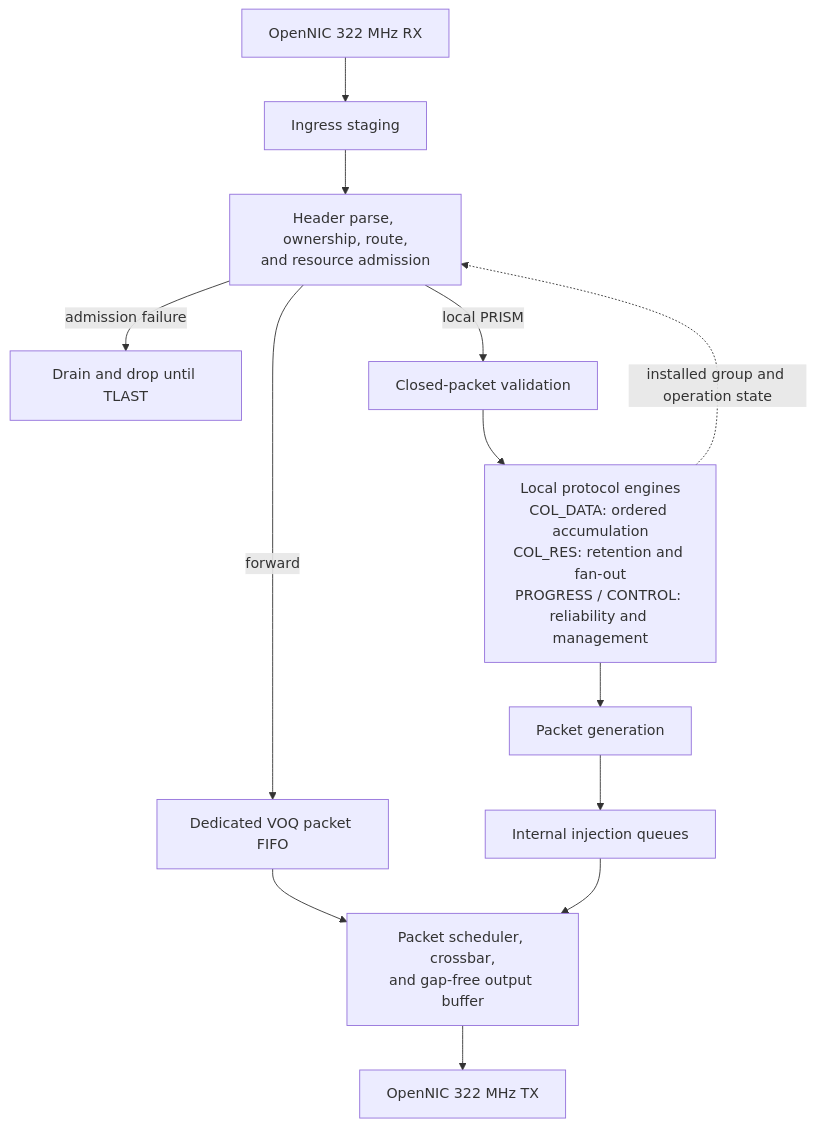
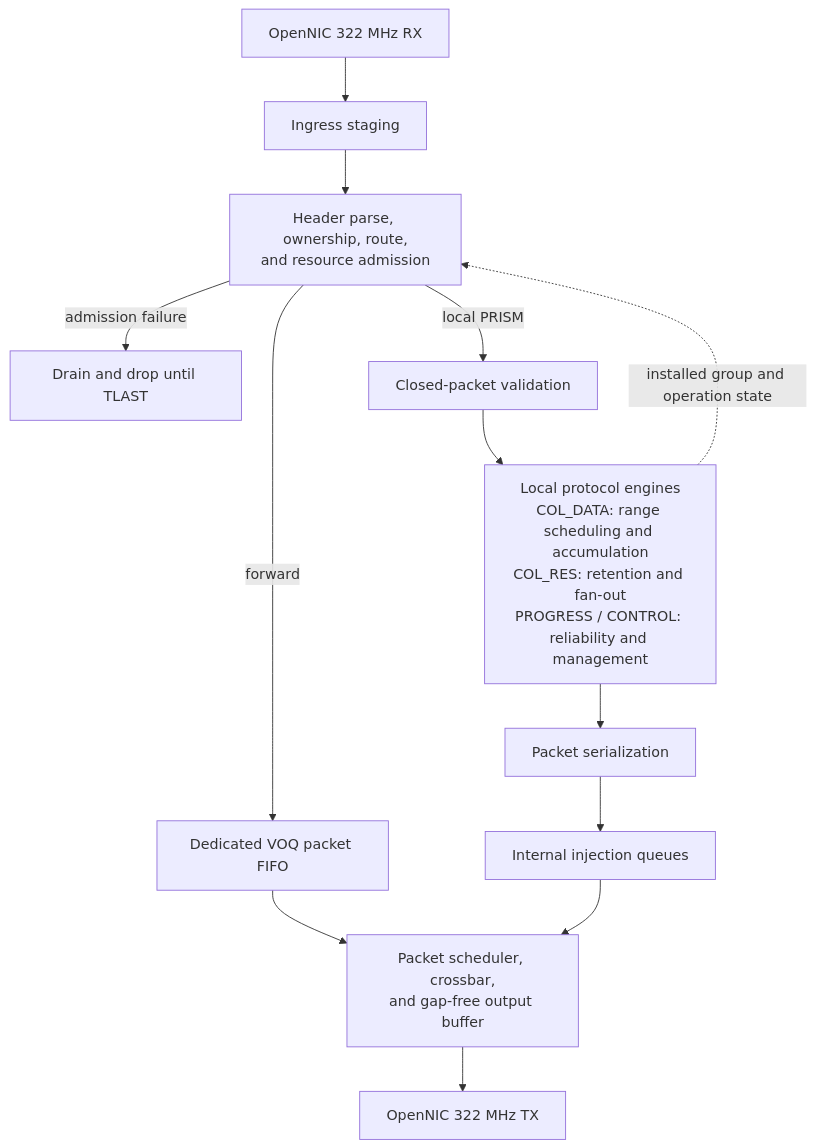
Before and after one commit to uniquadev/prism: the diagram in docs/chapters/3-architecture/2.pipeline.md, drawn with Mermaid. The commit also changed other lines of this file and 48 other files, not shown here.

````diff
--- a/docs/chapters/3-architecture/2.pipeline.md
+++ b/docs/chapters/3-architecture/2.pipeline.md
@@ -86,18 +93,18 @@
 ```mermaid
 flowchart TB
     RX["OpenNIC 322 MHz RX"] --> IB["Ingress staging"]
     IB --> HC["Header parse, ownership, route,<br/>and resource admission"]
     HC -->|admission failure| DR["Drain and drop until TLAST"]
 
     HC -->|forward| FP["Dedicated VOQ packet FIFO"]
     FP --> SW["Packet scheduler, crossbar,<br/>and gap-free output buffer"]
 
     HC -->|local PRISM| PV["Closed-packet validation"]
-    PV --> LE["Local protocol engines<br/>COL_DATA: ordered accumulation<br/>COL_RES: retention and fan-out<br/>PROGRESS / CONTROL: reliability and management"]
-    LE --> PG["Packet generation"]
-    PG --> IQ["Internal injection queues"]
+    PV --> LE["Local protocol engines<br/>COL_DATA: range scheduling and accumulation<br/>COL_RES: retention and fan-out<br/>PROGRESS / CONTROL: reliability and management"]
+    LE --> SER["Packet serialization"]
+    SER --> IQ["Internal injection queues"]
     IQ --> SW
 
     LE -. installed group and operation state .-> HC
     SW --> TX["OpenNIC 322 MHz TX"]
 ```
````
